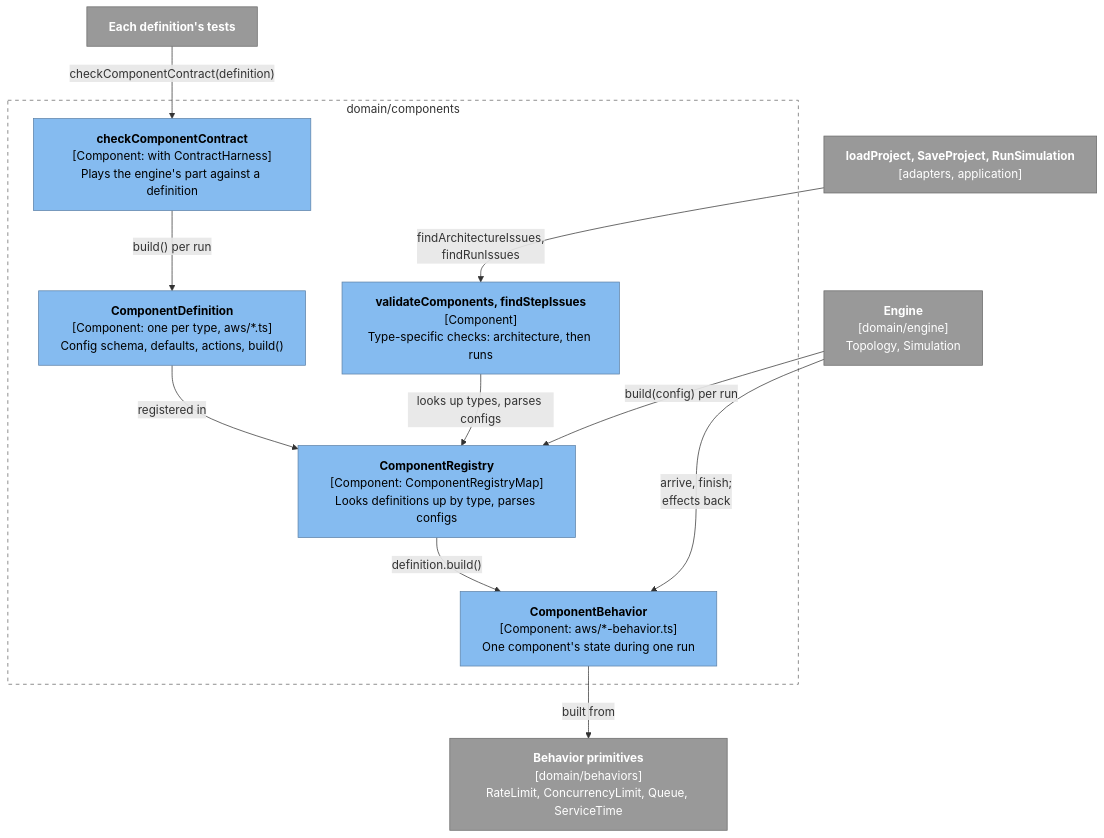
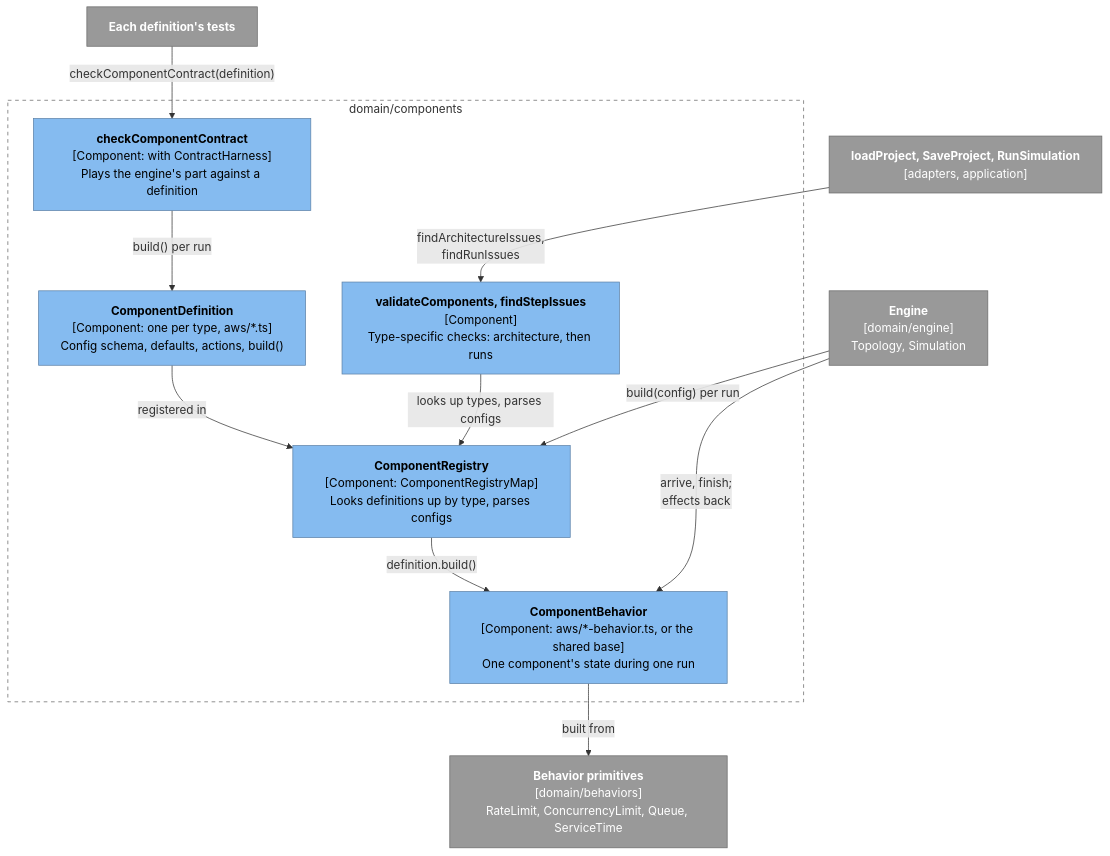
One commit to alanbickel/wind-tunnel changed the first of 3 diagrams in docs/architecture/component-definitions.md. Above: the diagram before and after it, drawn with Mermaid. The commit also changed other lines of this file and 9 other files, not shown here.

Commit message:
refactor(domain): add a shared base for rate-limited request/response services, and move DynamoDB and API Gateway onto it (#297)

````diff
--- a/docs/architecture/component-definitions.md
+++ b/docs/architecture/component-definitions.md
@@ -13,30 +13,30 @@
 ```mermaid
 %%{init: {"flowchart": {"wrappingWidth": 320}}}%%
 flowchart TB
     eng["<b>Engine</b><br/>[domain/engine]<br/>Topology, Simulation"]:::external
     load["<b>loadProject, SaveProject, RunSimulation</b><br/>[adapters, application]"]:::external
     tests["<b>Each definition's tests</b>"]:::external
     subgraph comp["domain/components"]
         def["<b>ComponentDefinition</b><br/>[Component: one per type, aws/*.ts]<br/>Config schema, defaults, actions, build()"]:::component
         reg["<b>ComponentRegistry</b><br/>[Component: ComponentRegistryMap]<br/>Looks definitions up by type, parses configs"]:::component
-        beh["<b>ComponentBehavior</b><br/>[Component: aws/*-behavior.ts]<br/>One component's state during one run"]:::component
+        beh["<b>ComponentBehavior</b><br/>[Component: aws/*-behavior.ts, or the shared base]<br/>One component's state during one run"]:::component
         val["<b>validateComponents, findStepIssues</b><br/>[Component]<br/>Type-specific checks: architecture, then runs"]:::component
         contract["<b>checkComponentContract</b><br/>[Component: with ContractHarness]<br/>Plays the engine's part against a definition"]:::component
     end
     prim["<b>Behavior primitives</b><br/>[domain/behaviors]<br/>RateLimit, ConcurrencyLimit, Queue, ServiceTime"]:::external
     def -->|"registered in"| reg
     eng -->|"build(config) per run"| reg
     reg -->|"definition.build()"| beh
     eng -->|"arrive, finish;<br/>effects back"| beh
     load -->|"findArchitectureIssues,<br/>findRunIssues"| val
     val -->|"looks up types, parses configs"| reg
     tests -->|"checkComponentContract(definition)"| contract
     contract -->|"build() per run"| def
     beh -->|"built from"| prim
     style comp fill:none,stroke:#666,stroke-dasharray:5 5
     classDef person fill:#08427b,stroke:#052e56,color:#fff
     classDef system fill:#1168bd,stroke:#0b4884,color:#fff
     classDef component fill:#85bbf0,stroke:#5d82a8,color:#000
     classDef external fill:#999,stroke:#6b6b6b,color:#fff
     classDef planned fill:#fff,stroke:#1168bd,color:#1168bd,stroke-dasharray:5 5
 ```
````
